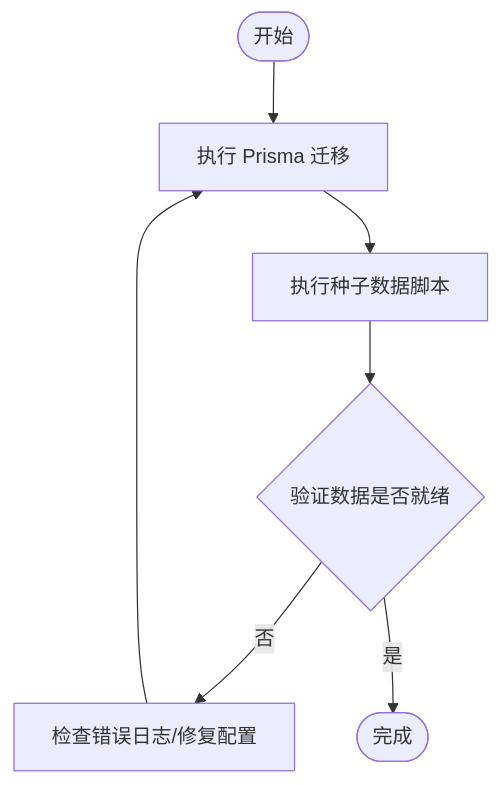
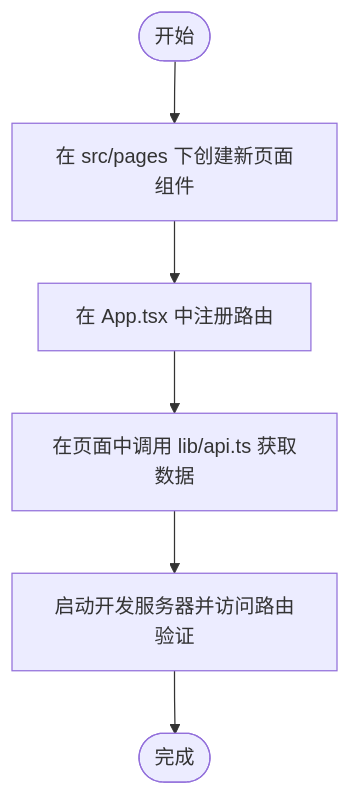
One commit to Damao997/newproject changed the third of 4 diagrams in .qoder/repowiki/zh/content/快速开始.md. Above: the diagram before and after it, drawn with Mermaid. The commit also changed other lines of this file and 391 other files, not shown here.

````diff
--- a/.qoder/repowiki/zh/content/快速开始.md
+++ b/.qoder/repowiki/zh/content/快速开始.md
@@ -157,9 +194,8 @@
 ```mermaid
 flowchart TD
-Start(["开始"]) --> Migrate["执行 Prisma 迁移"]
-Migrate --> Seed["执行种子数据脚本"]
-Seed --> Verify{"验证数据是否就绪"}
-Verify --> |否| Fix["检查错误日志/修复配置"]
-Fix --> Migrate
-Verify --> |是| Done(["完成"])
+Start(["开始"]) --> CreatePage["在 src/pages 下创建新页面组件"]
+CreatePage --> AddRoute["在 App.tsx 中注册路由"]
+AddRoute --> CallAPI["在页面中调用 lib/api.ts 获取数据"]
+CallAPI --> Verify["启动开发服务器并访问路由验证"]
+Verify --> End(["完成"])
 ```
````
